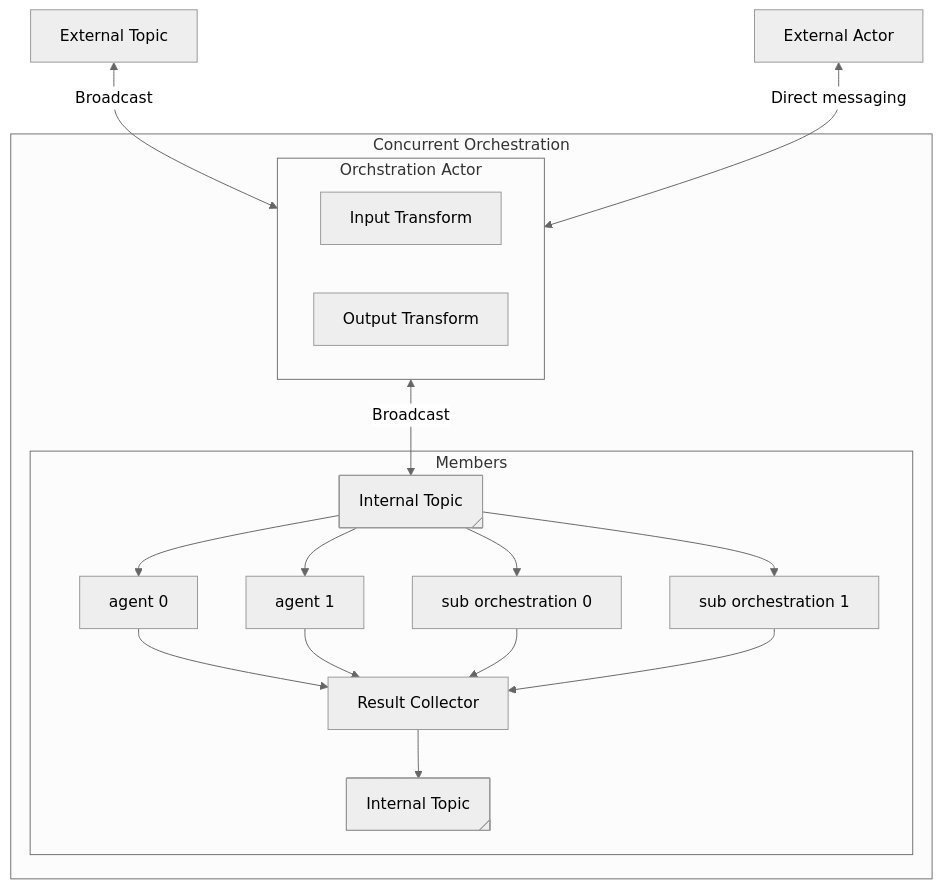
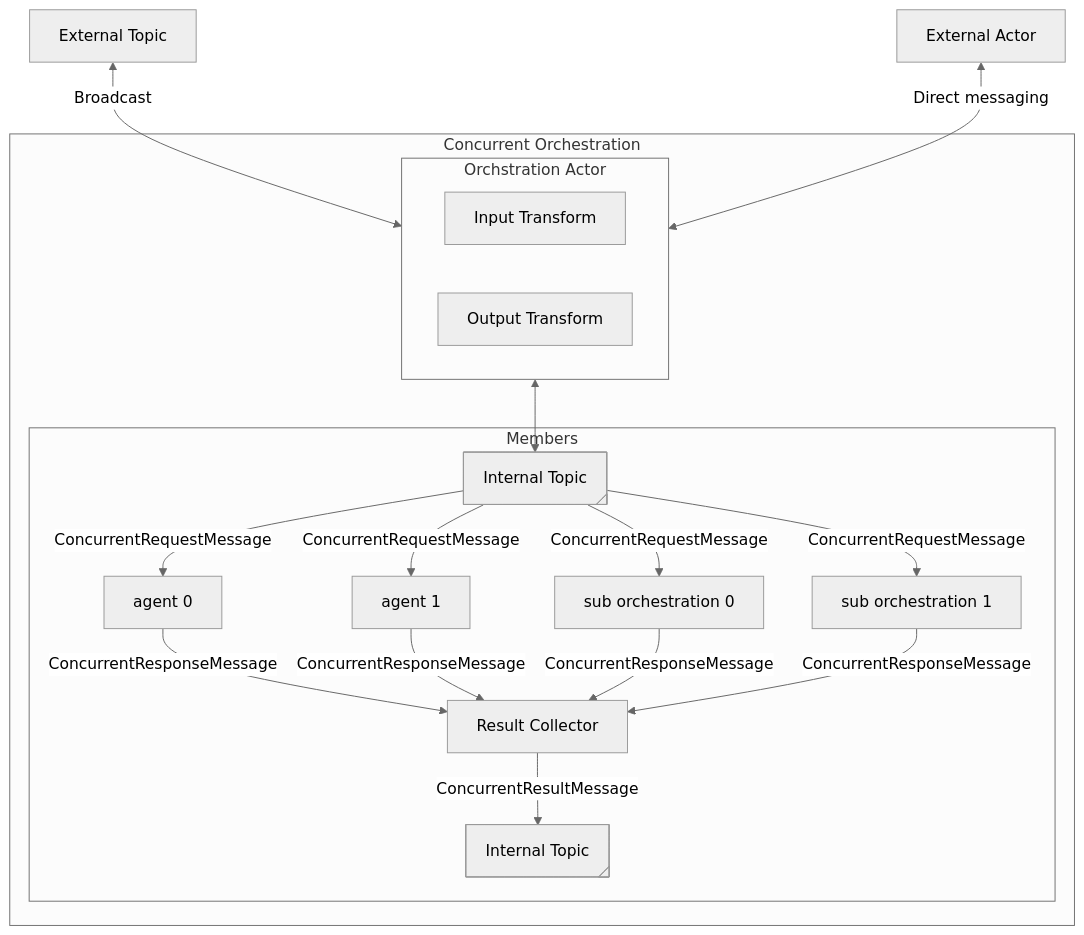
One commit to microsoft/semantic-kernel changed the fourth of 6 diagrams in docs/decisions/00xx-multi-agent-orchestration.md. Above: the diagram before and after it, drawn with Mermaid (neutral theme). The commit also changed other lines of this file, not shown here.

````diff
--- a/docs/decisions/00xx-multi-agent-orchestration.md
+++ b/docs/decisions/00xx-multi-agent-orchestration.md
@@ -557,42 +603,42 @@
 ```mermaid
 graph TD
   %% External
   EXT_Topic[External Topic]
   EXT_Actor[External Actor]
 
   %% Outer Block
   subgraph Concurrent Orchestration
     subgraph OA[Orchstration Actor]
       InputTransform[Input Transform]
       OutputTransform[Output Transform]
     end
 
     subgraph Members[Members]
       AG0[agent 0]
       AG1[agent 1]
       SO0[sub orchestration 0]
       SO1[sub orchestration 1]
       IT0@{ shape: tag-rect, label: "Internal Topic" }
       IT1@{ shape: tag-rect, label: "Internal Topic" }
       RC[Result Collector]
     end
 
   end
 
   %% Connections
   EXT_Topic <--> |Broadcast| OA
   EXT_Actor <--> |Direct messaging| OA
-  OA <--> |Broadcast| IT0
+  OA <--> IT0
 
-  IT0 --> AG0
-  IT0 --> AG1
-  IT0 --> SO0
-  IT0 --> SO1
+  IT0 --> |ConcurrentRequestMessage| AG0
+  IT0 --> |ConcurrentRequestMessage| AG1
+  IT0 --> |ConcurrentRequestMessage| SO0
+  IT0 --> |ConcurrentRequestMessage| SO1
 
-  AG0 --> RC
-  AG1 --> RC
-  SO0 --> RC
-  SO1 --> RC
+  AG0 --> |ConcurrentResponseMessage| RC
+  AG1 --> |ConcurrentResponseMessage| RC
+  SO0 --> |ConcurrentResponseMessage| RC
+  SO1 --> |ConcurrentResponseMessage| RC
 
-  RC --> IT1
+  RC --> |ConcurrentResultMessage| IT1
 ```
````
